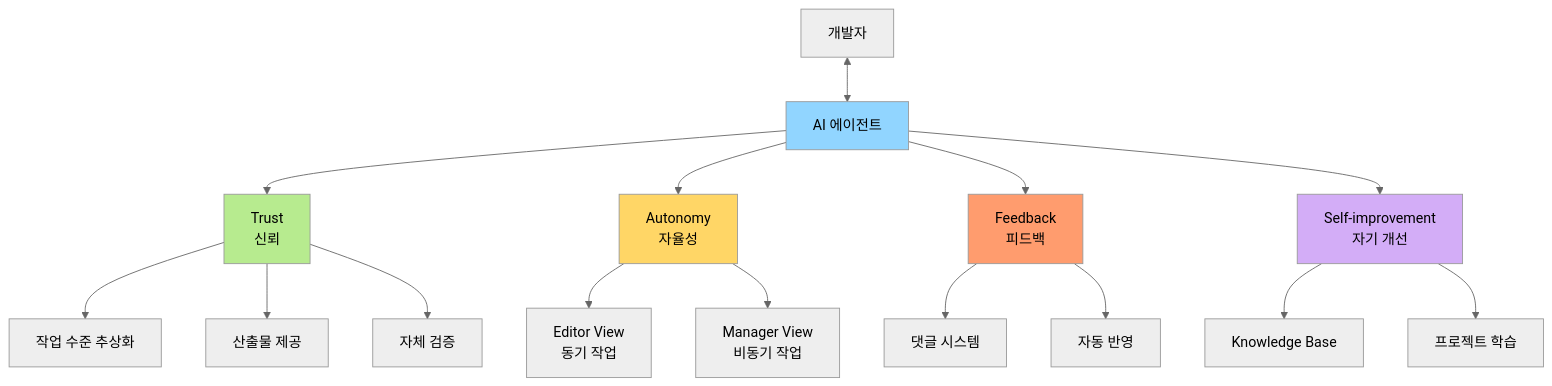
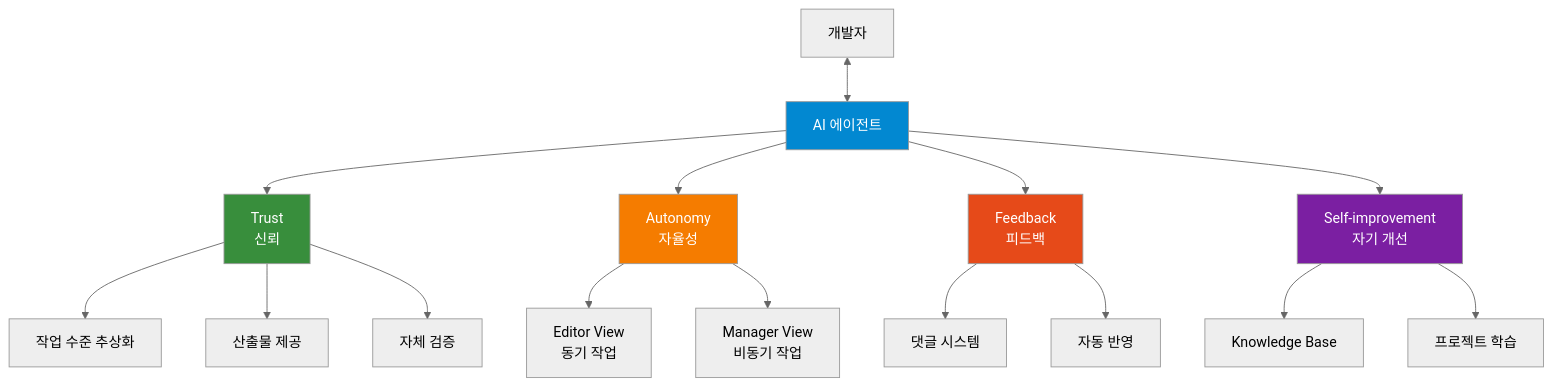
Before and after one commit to sskim91/TIL: the second of 4 diagrams in ai/Google-Antigravity-에이전트-우선-개발-환경.md, drawn with Mermaid (neutral theme). The commit also changed other lines of this file and 1 other file, not shown here.

````diff
--- a/ai/Google-Antigravity-에이전트-우선-개발-환경.md
+++ b/ai/Google-Antigravity-에이전트-우선-개발-환경.md
@@ -53,28 +53,28 @@
 ```mermaid
 graph TB
     Dev[개발자] <--> Agent[AI 에이전트]
 
     Agent --> Trust[Trust<br/>신뢰]
     Agent --> Autonomy[Autonomy<br/>자율성]
     Agent --> Feedback[Feedback<br/>피드백]
     Agent --> SelfImprove[Self-improvement<br/>자기 개선]
 
     Trust --> TaskLevel[작업 수준 추상화]
     Trust --> Artifacts[산출물 제공]
     Trust --> Verification[자체 검증]
 
     Autonomy --> Editor[Editor View<br/>동기 작업]
     Autonomy --> Manager[Manager View<br/>비동기 작업]
 
     Feedback --> Comment[댓글 시스템]
     Feedback --> AutoReflect[자동 반영]
 
     SelfImprove --> Knowledge[Knowledge Base]
     SelfImprove --> Learning[프로젝트 학습]
 
-    style Agent fill:#91d5ff
-    style Trust fill:#b7eb8f
-    style Autonomy fill:#ffd666
-    style Feedback fill:#ff9c6e
-    style SelfImprove fill:#d3adf7
+    style Agent fill:#0288D1,color:#fff
+    style Trust fill:#388E3C,color:#fff
+    style Autonomy fill:#F57C00,color:#fff
+    style Feedback fill:#E64A19,color:#fff
+    style SelfImprove fill:#7B1FA2,color:#fff
 ```
````
